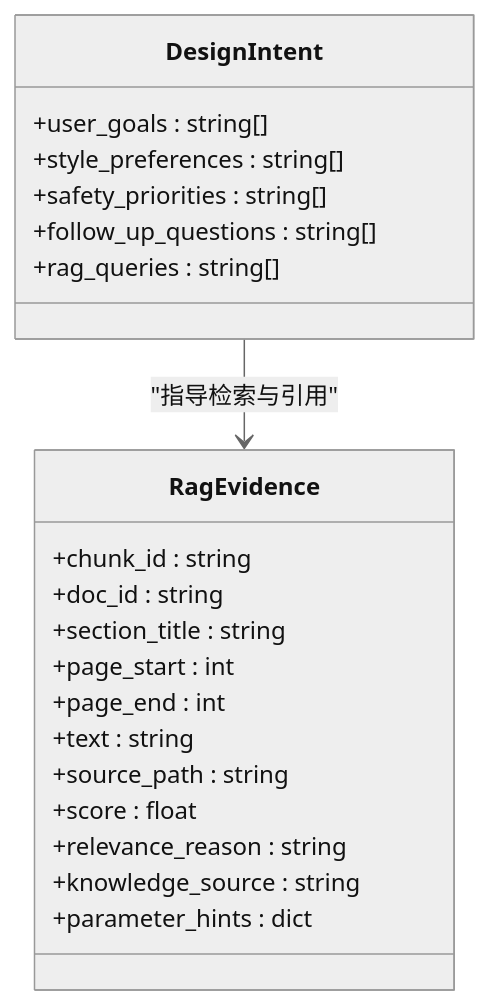
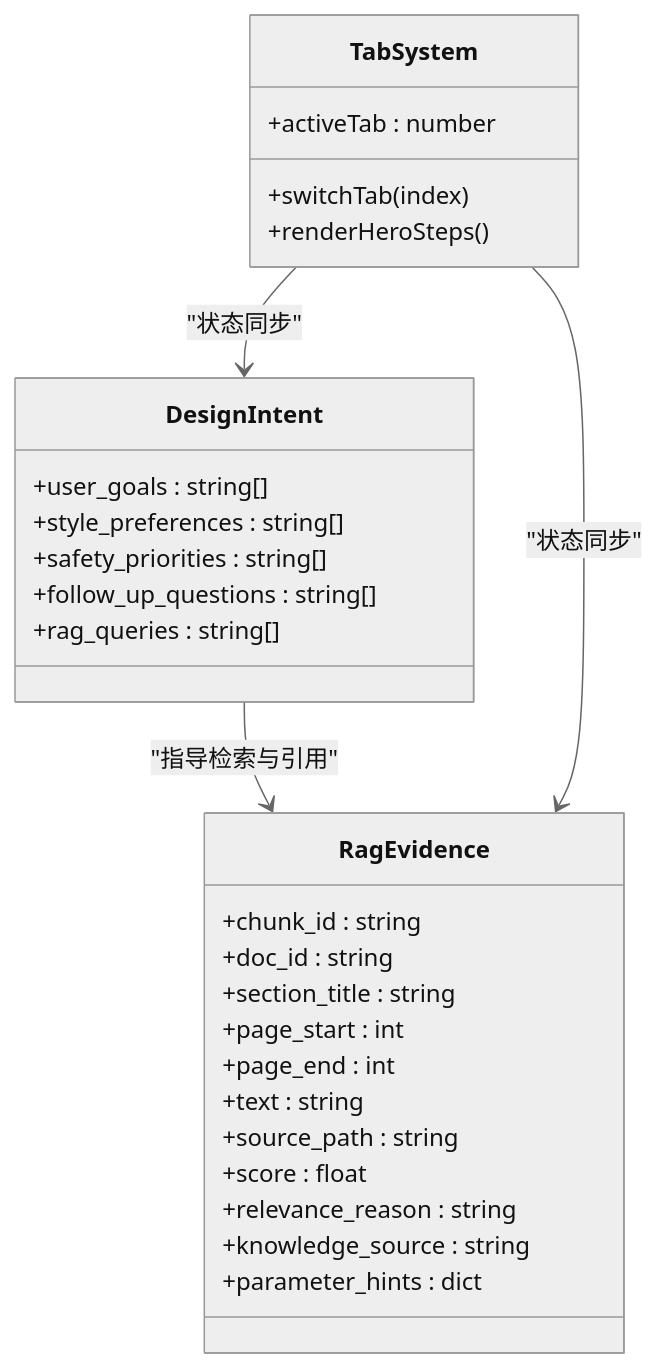
The fifth of 8 diagrams in .qoder/repowiki/zh/content/Web界面系统/工作台界面/LLM对话面板.md (wsqstar/RoadGen3D), drawn with Mermaid (neutral theme) before and after one commit. The commit also changed other lines of this file and 8 other files, not shown here.

First line of the commit message:
feat(tab-system): integrate conversation and scene jobs tabs into layout

````diff
--- a/.qoder/repowiki/zh/content/Web界面系统/工作台界面/LLM对话面板.md
+++ b/.qoder/repowiki/zh/content/Web界面系统/工作台界面/LLM对话面板.md
@@ -186,24 +258,31 @@
 ```mermaid
 classDiagram
 class DesignIntent {
 +user_goals : string[]
 +style_preferences : string[]
 +safety_priorities : string[]
 +follow_up_questions : string[]
 +rag_queries : string[]
 }
 class RagEvidence {
 +chunk_id : string
 +doc_id : string
 +section_title : string
 +page_start : int
 +page_end : int
 +text : string
 +source_path : string
 +score : float
 +relevance_reason : string
 +knowledge_source : string
 +parameter_hints : dict
 }
+class TabSystem {
++activeTab : number
++switchTab(index)
++renderHeroSteps()
+}
 DesignIntent --> RagEvidence : "指导检索与引用"
+TabSystem --> DesignIntent : "状态同步"
+TabSystem --> RagEvidence : "状态同步"
 ```
````
